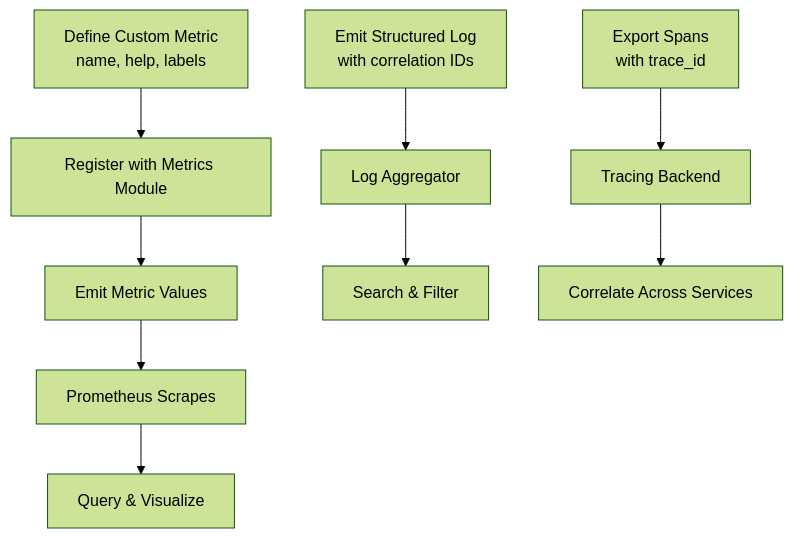
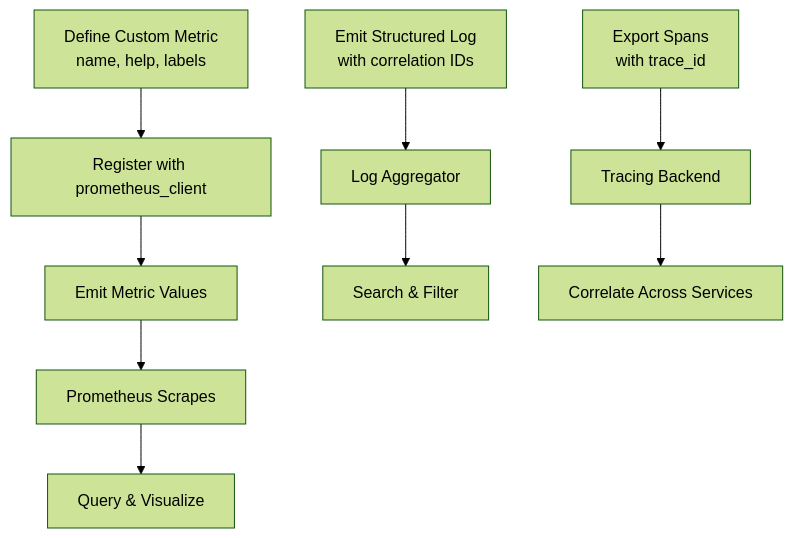
One commit to metasync/luban-aiops changed the eighth of 9 diagrams in .qoder/repowiki/en/content/Monitoring and Observability/Monitoring and Observability.md. Above: the diagram before and after it, drawn with Mermaid (forest theme). The commit also changed other lines of this file and 3 other files, not shown here.

````diff
--- a/.qoder/repowiki/en/content/Monitoring and Observability/Monitoring and Observability.md
+++ b/.qoder/repowiki/en/content/Monitoring and Observability/Monitoring and Observability.md
@@ -363,11 +357,11 @@
 ```mermaid
 flowchart TD
-DefineMetric["Define Custom Metric<br/>name, help, labels"] --> Register["Register with Metrics Module"]
+DefineMetric["Define Custom Metric<br/>name, help, labels"] --> Register["Register with prometheus_client"]
 Register --> Emit["Emit Metric Values"]
 Emit --> Scrape["Prometheus Scrapes"]
 Scrape --> Query["Query & Visualize"]
 EmitLog["Emit Structured Log<br/>with correlation IDs"] --> Aggregate["Log Aggregator"]
 Aggregate --> Search["Search & Filter"]
 ExportTrace["Export Spans<br/>with trace_id"] --> TracingBackend["Tracing Backend"]
 TracingBackend --> Correlate["Correlate Across Services"]
 ```
````
